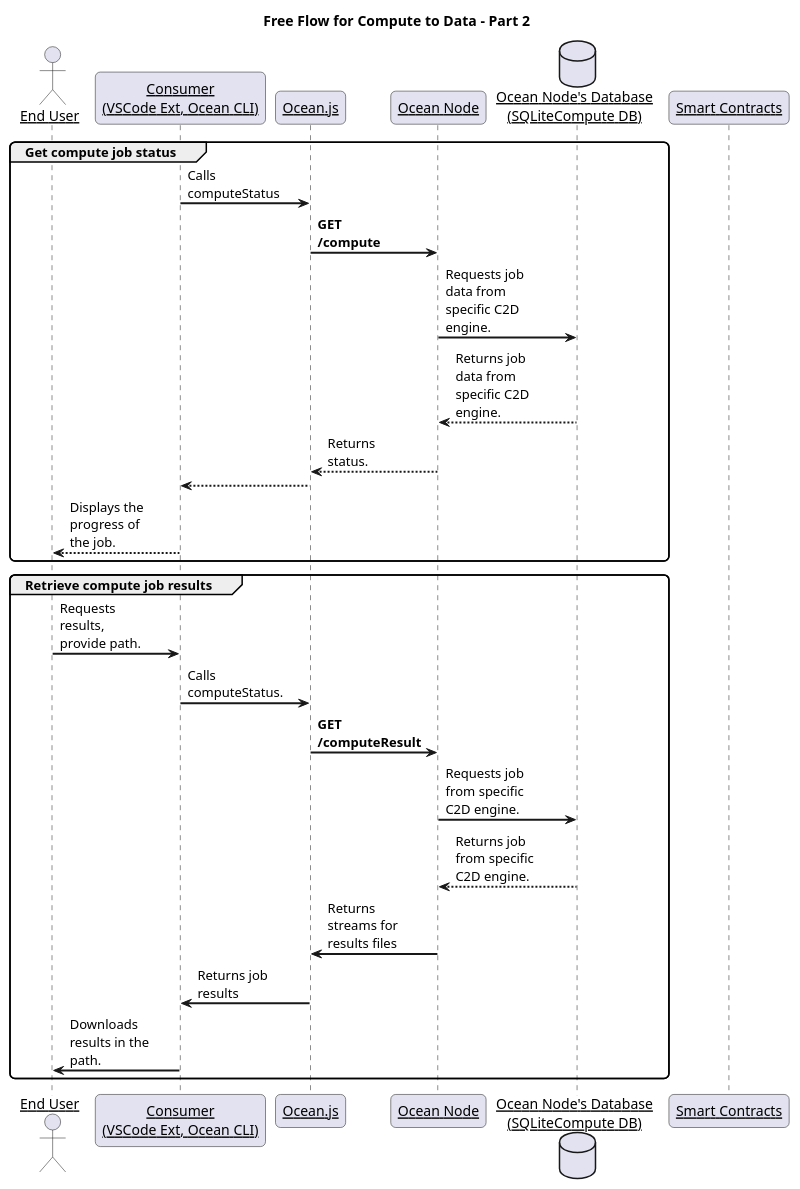
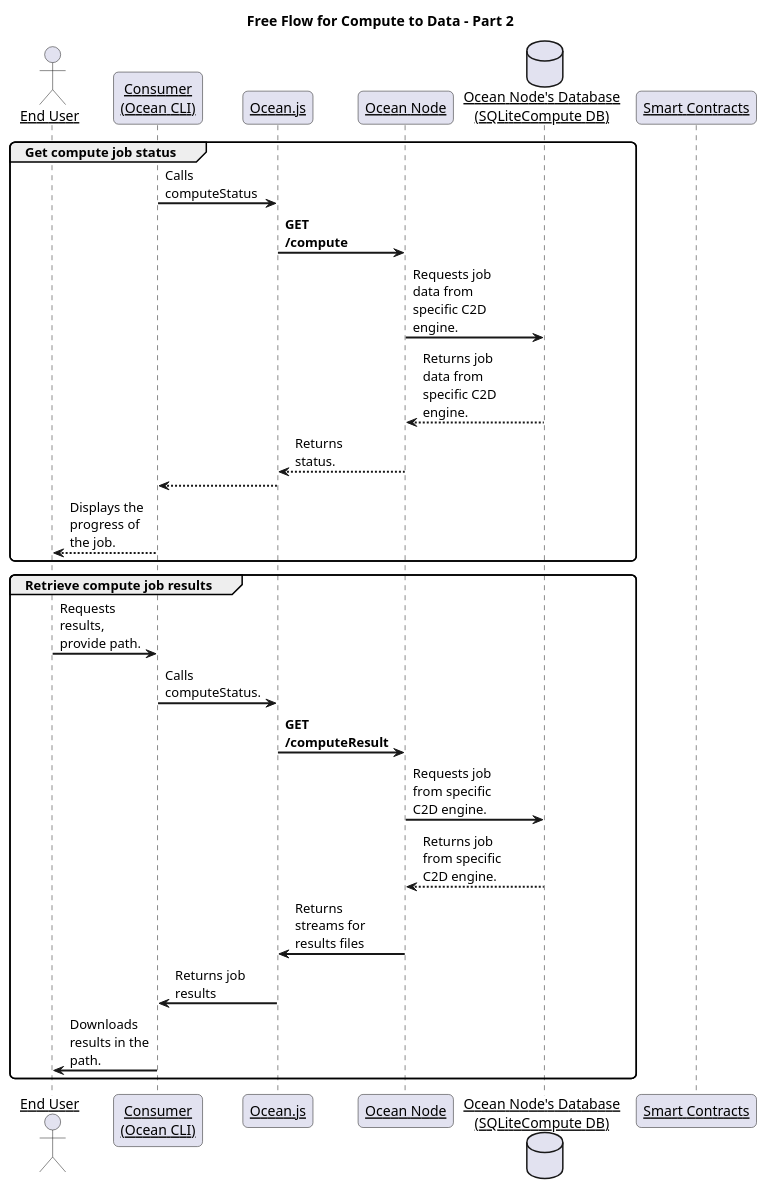
One commit to oceanprotocol/docs changed the diagram in .gitbook/assets/c2d/free-compute-flow-2.puml. Above: the diagram before and after it, drawn with PlantUML. The commit also changed 13 other files, not shown here.

Commit message:
Updated architecture document for C2D v2. Updated flow diagrams.

```diff
--- a/.gitbook/assets/c2d/free-compute-flow-2.puml
+++ b/.gitbook/assets/c2d/free-compute-flow-2.puml
@@ -1,37 +1,37 @@
 @startuml "Free Flow for Compute to Data - Part 2"
 title "Free Flow for Compute to Data - Part 2"
 
 skinparam sequenceArrowThickness 2
 skinparam roundcorner 10
 skinparam maxmessagesize 85
 skinparam sequenceParticipant underline
 
 actor "End User" as end_user
-participant "Consumer\n(VSCode Ext, Ocean CLI)" as consumer
+participant "Consumer\n(Ocean CLI)" as consumer
 participant "Ocean.js" as ocean_js
 participant "Ocean Node" as ocean_node
 database "Ocean Node's Database\n(SQLiteCompute DB)" as db
 participant "Smart Contracts" as smart_contracts
 
 group Get compute job status
     consumer -> ocean_js: Calls computeStatus
     ocean_js -> ocean_node: **GET /compute**
     ocean_node -> db: Requests job data from specific C2D engine.
     db --> ocean_node: Returns job data from specific C2D engine.
     ocean_node --> ocean_js: Returns status.
     ocean_js --> consumer
     consumer --> end_user: Displays the progress of the job.
 end group
 
 group Retrieve compute job results
     end_user -> consumer: Requests results, provide path.
     consumer -> ocean_js: Calls computeStatus.
     ocean_js -> ocean_node: **GET /computeResult**
     ocean_node -> db: Requests job from specific C2D engine.
     db --> ocean_node: Returns job from specific C2D engine.
     ocean_node -> ocean_js: Returns streams for results files
     ocean_js -> consumer: Returns job results
     consumer -> end_user: Downloads results in the path.
 end group
 
 @enduml
```
